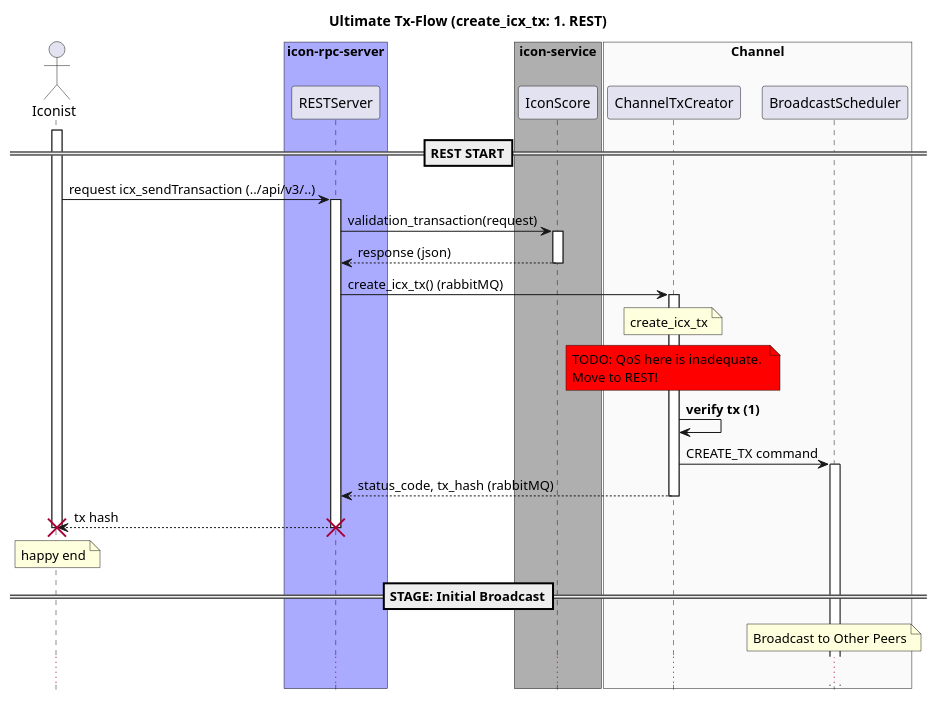
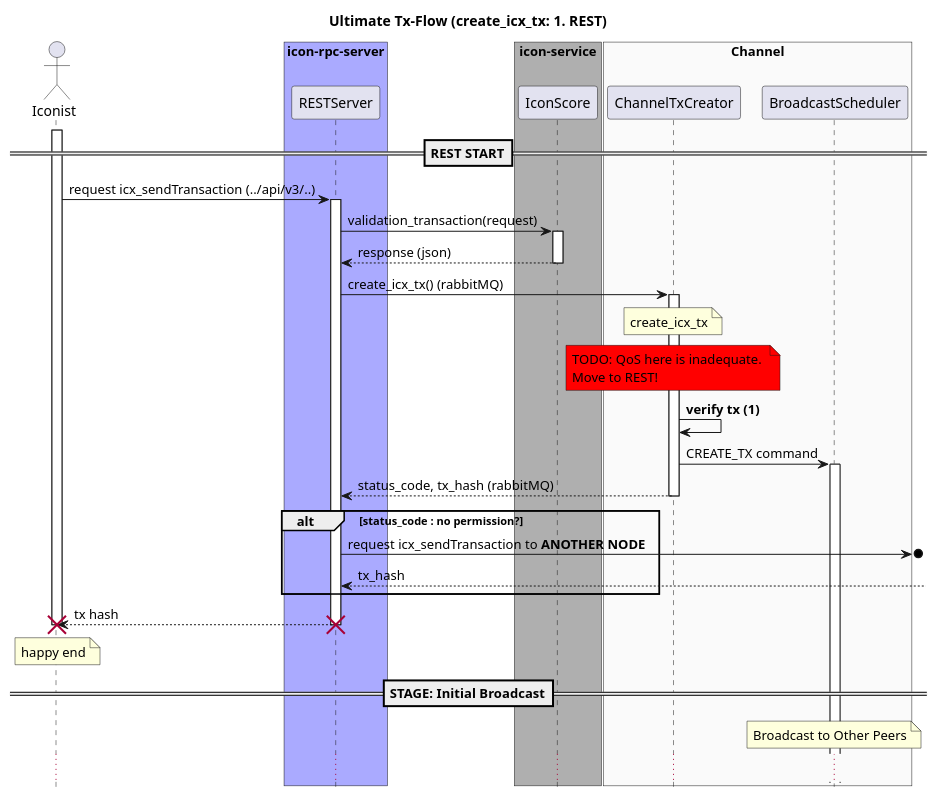
The diagram in diagrams/tx-flow/1_REST.puml (metalg0su/studies), drawn with PlantUML before and after one commit.

```diff
--- a/diagrams/tx-flow/1_REST.puml
+++ b/diagrams/tx-flow/1_REST.puml
@@ -1,47 +1,52 @@
 @startuml
 title Ultimate Tx-Flow (create_icx_tx: 1. REST)
 hide footbox
 
 actor Iconist as user
 
 box "icon-rpc-server" #AAAAFF
     participant RESTServer as rest
 end box
 
 box "icon-service" #AFAFAF
     participant IconScore as score
 end box
 
 box "Channel" #FAFAFA
     participant ChannelTxCreator as tx_creator
     participant BroadcastScheduler as broadcaster
 end box
 
 activate user
 
 ==REST START==
 user -> rest: request icx_sendTransaction (../api/v3/..)
 activate rest
 rest -> score: validation_transaction(request)
 activate score
 score --> rest: response (json)
 deactivate score
 rest -> tx_creator: create_icx_tx() (rabbitMQ)
 
 note over tx_creator: create_icx_tx
 activate tx_creator
 note over tx_creator #red: TODO: QoS here is inadequate. \nMove to REST!
 tx_creator -> tx_creator: **verify tx (1)**
 tx_creator -> broadcaster: CREATE_TX command
 activate broadcaster
 tx_creator --> rest: status_code, tx_hash (rabbitMQ)
 deactivate tx_creator
+
+alt status_code : no permission?
+    rest ->o]: request icx_sendTransaction to **ANOTHER NODE**
+    rest <--]: tx_hash
+end
 user <-- rest: tx hash
 note over user: happy end
 destroy rest
 destroy user
 
 ==STAGE: Initial Broadcast==
 note over broadcaster: Broadcast to Other Peers
 ...
 @enduml
```
